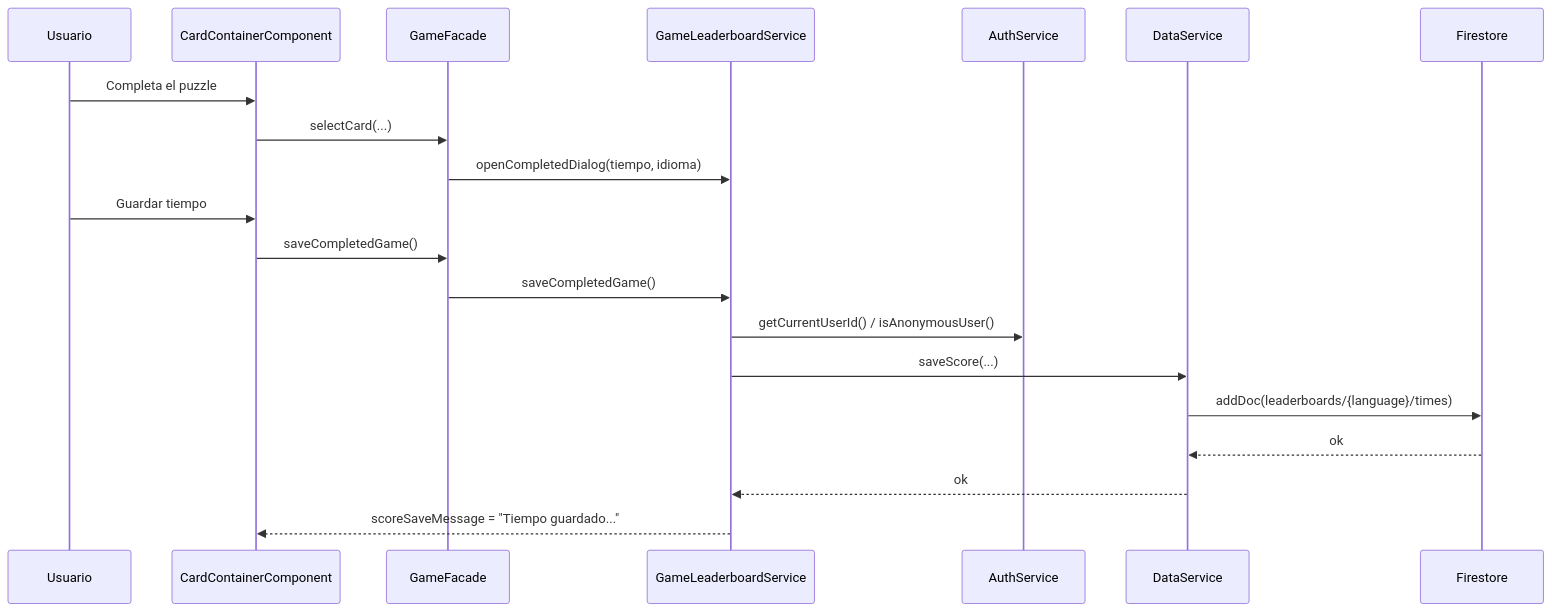
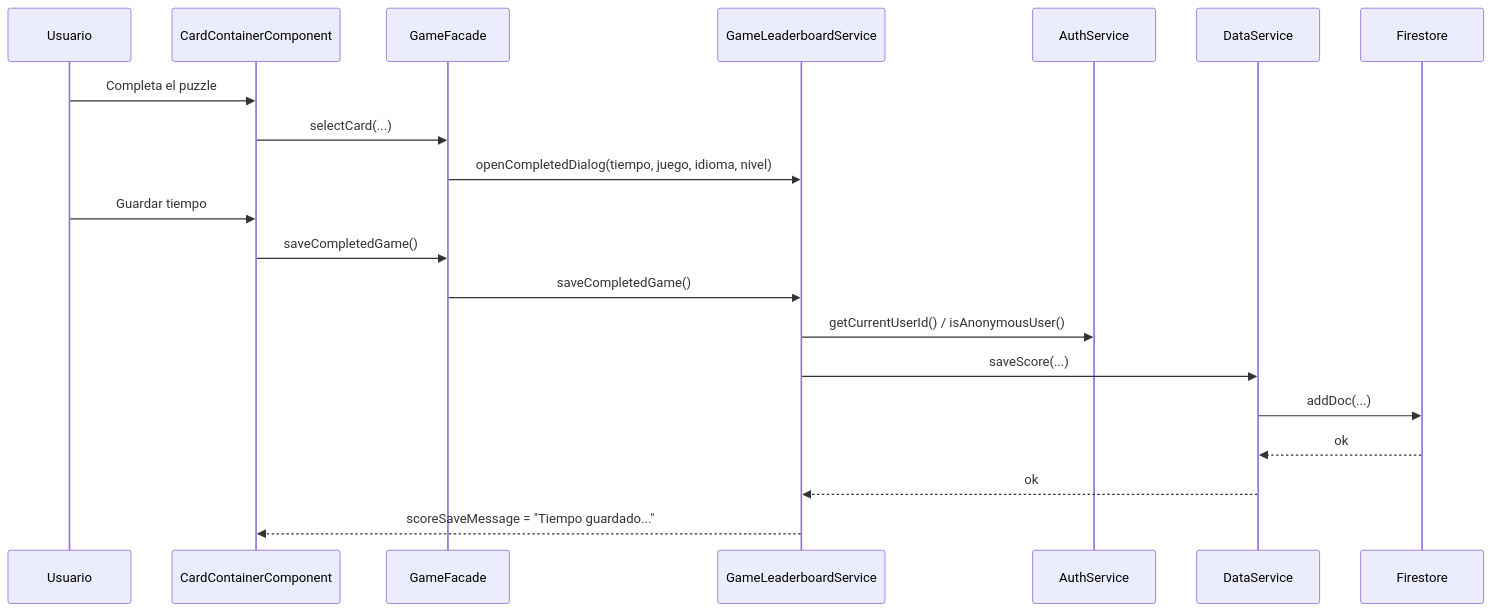
Before and after one commit to javitid/cards: the third of 4 diagrams in docs/arquitectura-aplicacion.md, drawn with Mermaid. The commit also changed other lines of this file and 22 other files, not shown here.

````diff
--- a/docs/arquitectura-aplicacion.md
+++ b/docs/arquitectura-aplicacion.md
@@ -113,23 +187,23 @@
 ```mermaid
 sequenceDiagram
     participant U as Usuario
     participant UI as CardContainerComponent
     participant G as GameFacade
     participant L as GameLeaderboardService
     participant A as AuthService
     participant D as DataService
     participant F as Firestore
 
     U->>UI: Completa el puzzle
     UI->>G: selectCard(...)
-    G->>L: openCompletedDialog(tiempo, idioma)
+    G->>L: openCompletedDialog(tiempo, juego, idioma, nivel)
     U->>UI: Guardar tiempo
     UI->>G: saveCompletedGame()
     G->>L: saveCompletedGame()
     L->>A: getCurrentUserId() / isAnonymousUser()
     L->>D: saveScore(...)
-    D->>F: addDoc(leaderboards/{language}/times)
+    D->>F: addDoc(...)
     F-->>D: ok
     D-->>L: ok
     L-->>UI: scoreSaveMessage = "Tiempo guardado..."
 ```
````
